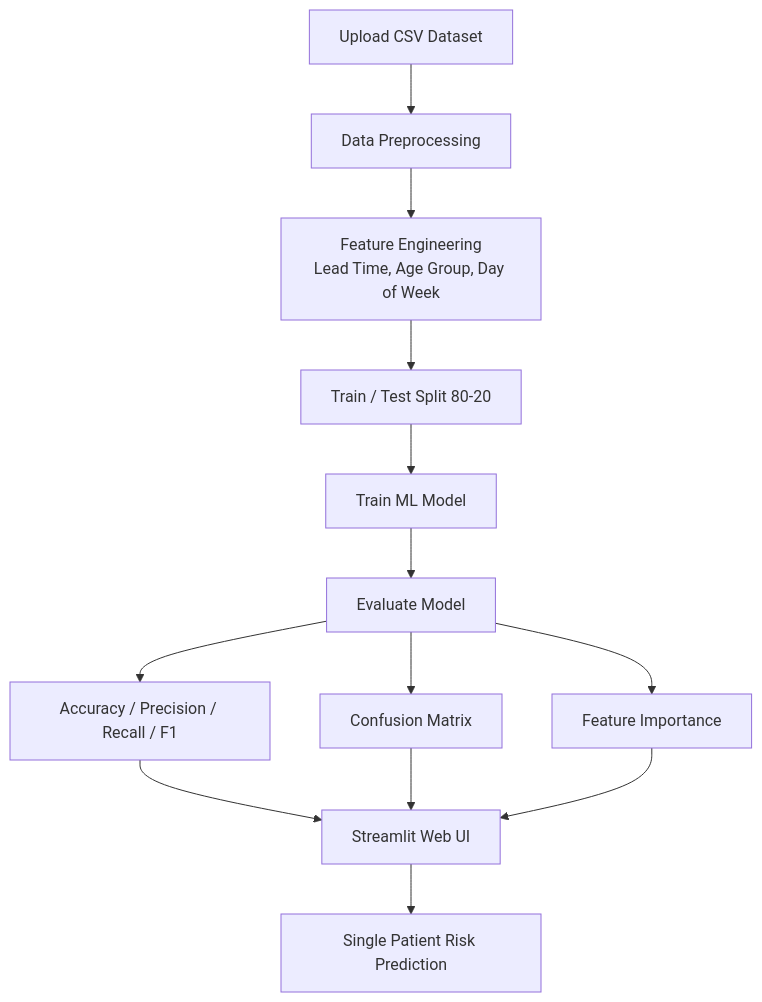
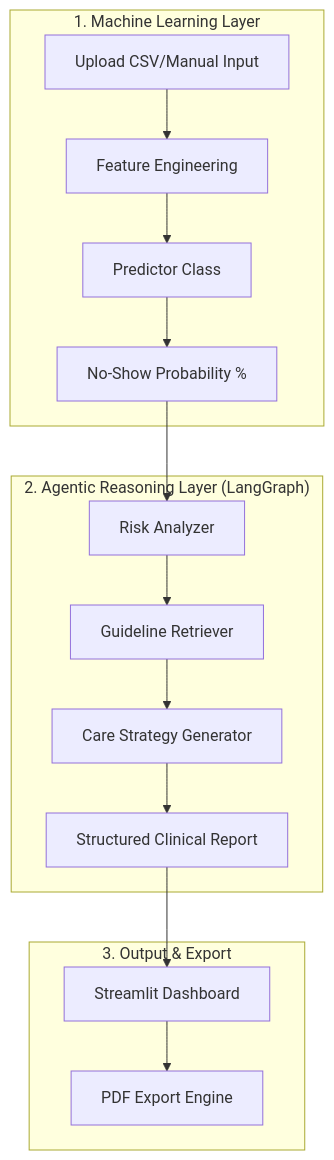
The diagram in README.md (kshitij2212/applied-aiml), drawn with Mermaid before and after one commit. The commit also changed other lines of this file, not shown here.

````diff
--- a/README.md
+++ b/README.md
@@ -66,13 +27,20 @@
 ```mermaid
 flowchart TD
-    A[Upload CSV Dataset] --> B[Data Preprocessing]
-    B --> C[Feature Engineering\nLead Time, Age Group, Day of Week]
-    C --> D[Train / Test Split 80-20]
-    D --> E[Train ML Model]
-    E --> F[Evaluate Model]
-    F --> G[Accuracy / Precision / Recall / F1]
-    F --> H[Confusion Matrix]
-    F --> I[Feature Importance]
-    G & H & I --> J[Streamlit Web UI]
-    J --> K[Single Patient Risk Prediction]
+    subgraph "1. Machine Learning Layer"
+    A[Upload CSV/Manual Input] --> B[Feature Engineering]
+    B --> C[Predictor Class]
+    C --> D[No-Show Probability %]
+    end
+
+    subgraph "2. Agentic Reasoning Layer (LangGraph)"
+    D --> E[Risk Analyzer]
+    E --> F[Guideline Retriever]
+    F --> G[Care Strategy Generator]
+    G --> H[Structured Clinical Report]
+    end
+
+    subgraph "3. Output & Export"
+    H --> I[Streamlit Dashboard]
+    I --> J[PDF Export Engine]
+    end
 ```
````
